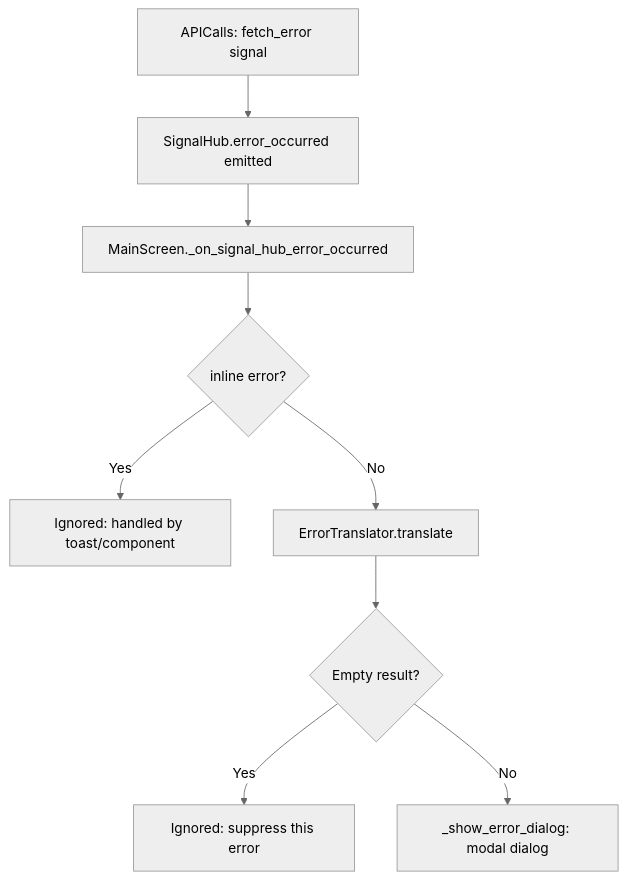
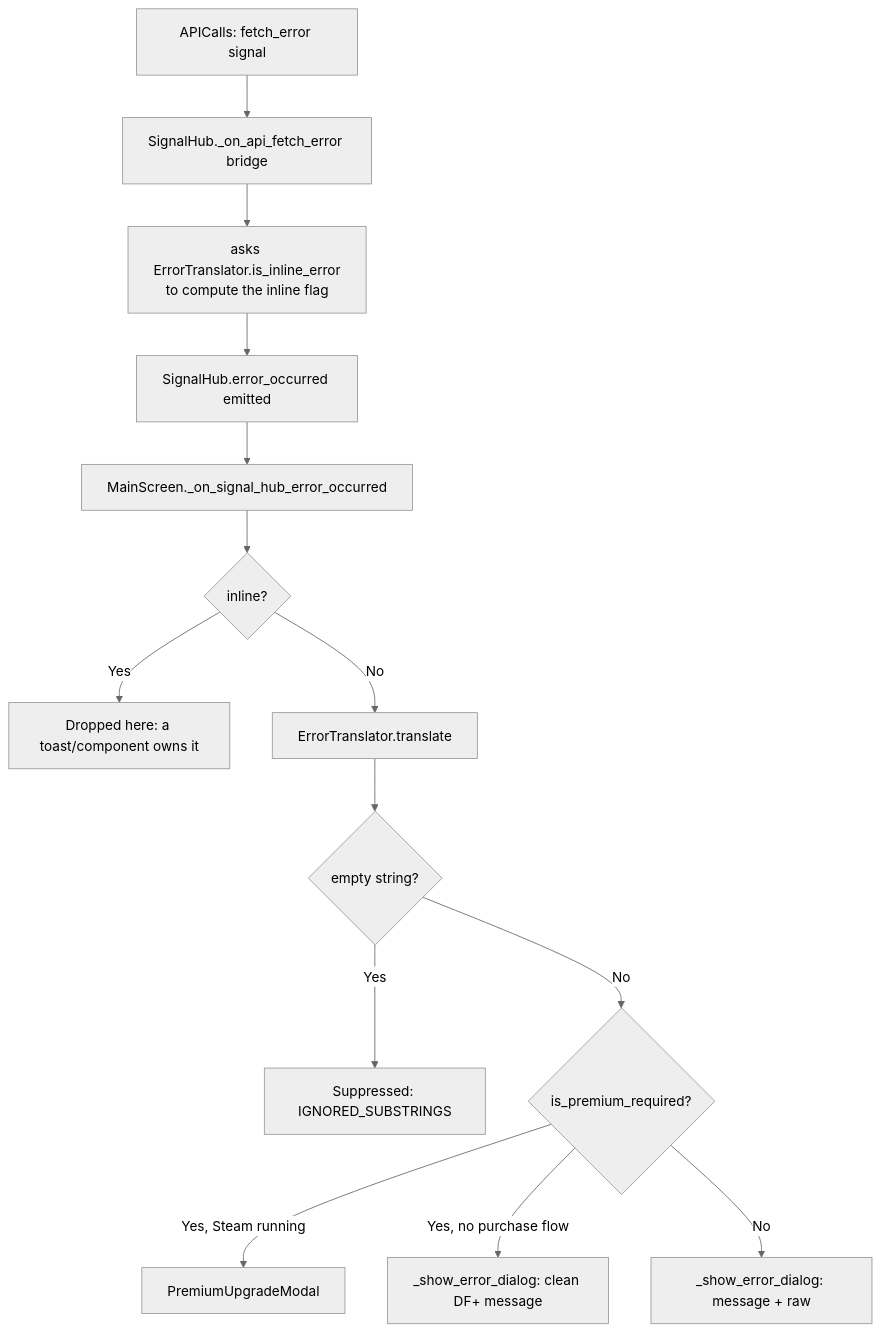
The diagram in docs/04_Technical/ErrorSystem.md (OoriData/DF_Godot), drawn with Mermaid (neutral theme) before and after one commit. The commit also changed other lines of this file and 2 other files, not shown here.

Commit message:
error sys docs

````diff
--- a/docs/04_Technical/ErrorSystem.md
+++ b/docs/04_Technical/ErrorSystem.md
@@ -24,11 +24,16 @@
 ```mermaid
 graph TD
-    A[APICalls: fetch_error signal] --> B[SignalHub.error_occurred emitted]
-    B --> C[MainScreen._on_signal_hub_error_occurred]
-    C --> D{inline error?}
-    D -- Yes --> E[Ignored: handled by toast/component]
-    D -- No --> F[ErrorTranslator.translate]
-    F --> G{Empty result?}
-    G -- Yes --> H[Ignored: suppress this error]
-    G -- No --> I[_show_error_dialog: modal dialog]
+    A[APICalls: fetch_error signal] --> B[SignalHub._on_api_fetch_error bridge]
+    B --> B2[asks ErrorTranslator.is_inline_error<br/>to compute the inline flag]
+    B2 --> C[SignalHub.error_occurred emitted]
+    C --> D[MainScreen._on_signal_hub_error_occurred]
+    D --> E{inline?}
+    E -- Yes --> F[Dropped here: a toast/component owns it]
+    E -- No --> G[ErrorTranslator.translate]
+    G --> H{empty string?}
+    H -- Yes --> I[Suppressed: IGNORED_SUBSTRINGS]
+    H -- No --> J{is_premium_required?}
+    J -- Yes, Steam running --> K[PremiumUpgradeModal]
+    J -- Yes, no purchase flow --> L[_show_error_dialog: clean DF+ message]
+    J -- No --> M[_show_error_dialog: message + raw]
 ```
````
